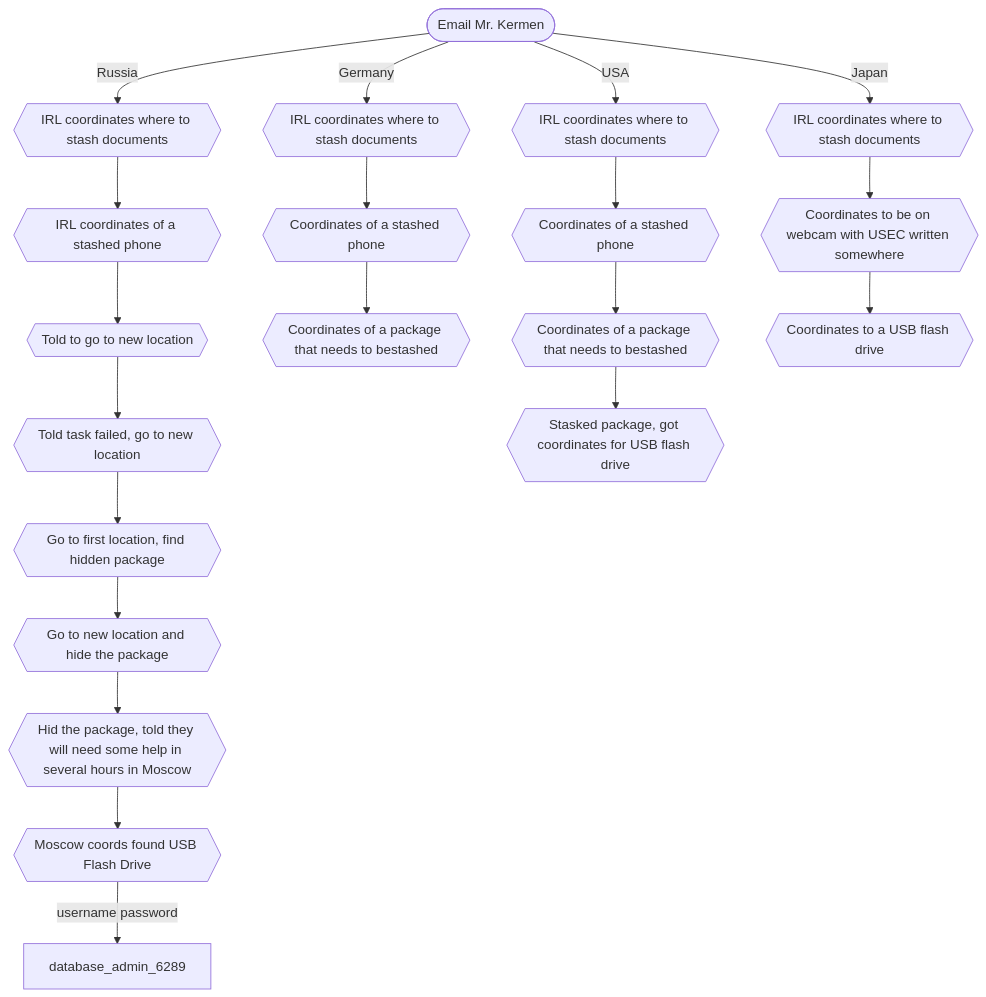
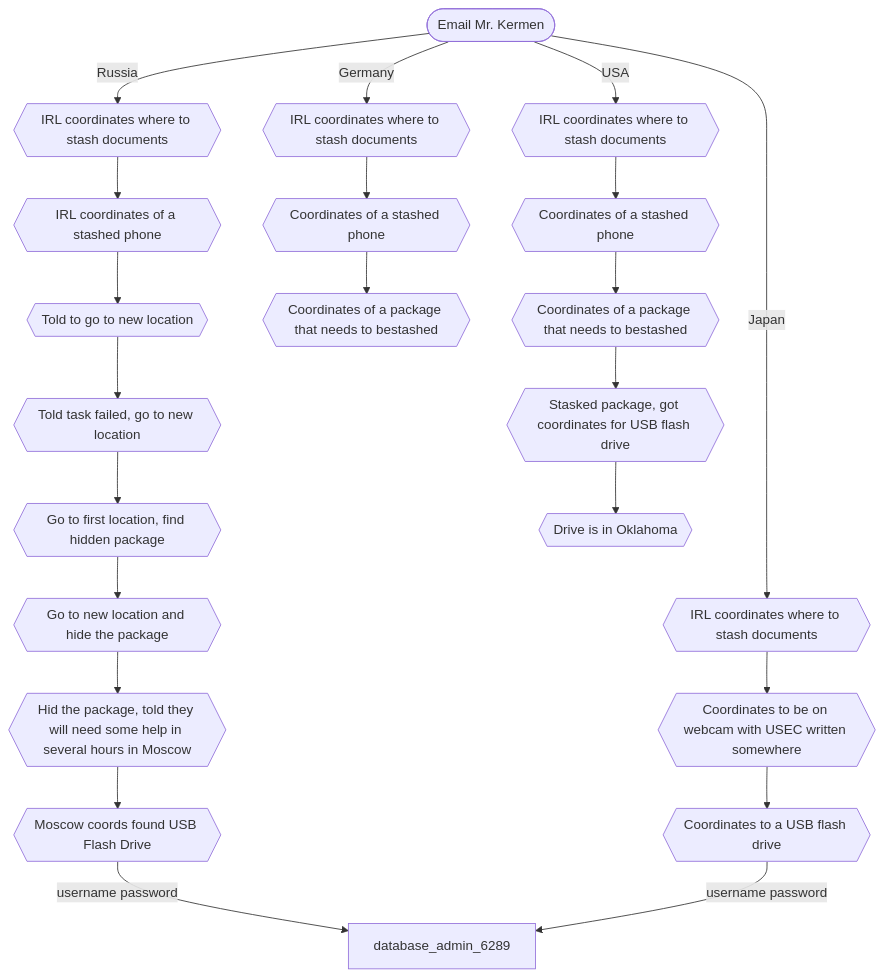
One commit to 3ncy/ARRS-s5 changed the diagram in irl2-tracker.md. Above: the diagram before and after it, drawn with Mermaid. The commit also changed other lines of this file, not shown here.

````diff
--- a/irl2-tracker.md
+++ b/irl2-tracker.md
@@ -4,25 +4,27 @@
 ```mermaid
 graph TD;
     email(["Email Mr. Kermen"]) --Russia--> irl2{{IRL coordinates where to stash documents}};
     irl2 --> irl3{{IRL coordinates of a stashed phone}};
     irl3 --> irl4{{Told to go to new location}};
     irl4 --> irl5{{Told task failed, go to new location}};
     irl5 --> irl6{{Go to first location, find hidden package}};
     irl6 --> irl7{{Go to new location and hide the package}};
     irl7 --> irl8{{Hid the package, told they will need some help in several hours in Moscow}};
     irl8 --> irl9{{Moscow coords found USB Flash Drive}};
     irl9 --username password--> database_admin_6289
 
     email(["Email Mr. Kermen"]) --Germany--> irle2{{IRL coordinates where to stash documents}};
     irle2 --> irle3{{Coordinates of a stashed phone}};
     irle3 --> irle4{{Coordinates of a package that needs to bestashed}}
 
     email(["Email Mr. Kermen"]) --USA--> irlu2{{IRL coordinates where to stash documents}};
     irlu2 --> irlu3{{Coordinates of a stashed phone}};
     irlu3 --> irlu4{{Coordinates of a package that needs to bestashed}};
-    irlu4 --> irlu5{{Stasked package, got coordinates for USB flash drive}}
+    irlu4 --> irlu5{{Stasked package, got coordinates for USB flash drive}};
+    irlu5 --> irlu6{{Drive is in Oklahoma}};
 
     email(["Email Mr. Kermen"]) --Japan--> irlj2{{IRL coordinates where to stash documents}};
     irlj2 --> irlj3{{Coordinates to be on webcam with USEC written somewhere}};
-    irlj3 --> irlj4{{Coordinates to a USB flash drive}}
+    irlj3 --> irlj4{{Coordinates to a USB flash drive}};
+    irlj4 --username password--> database_admin_6289
 ```
````
